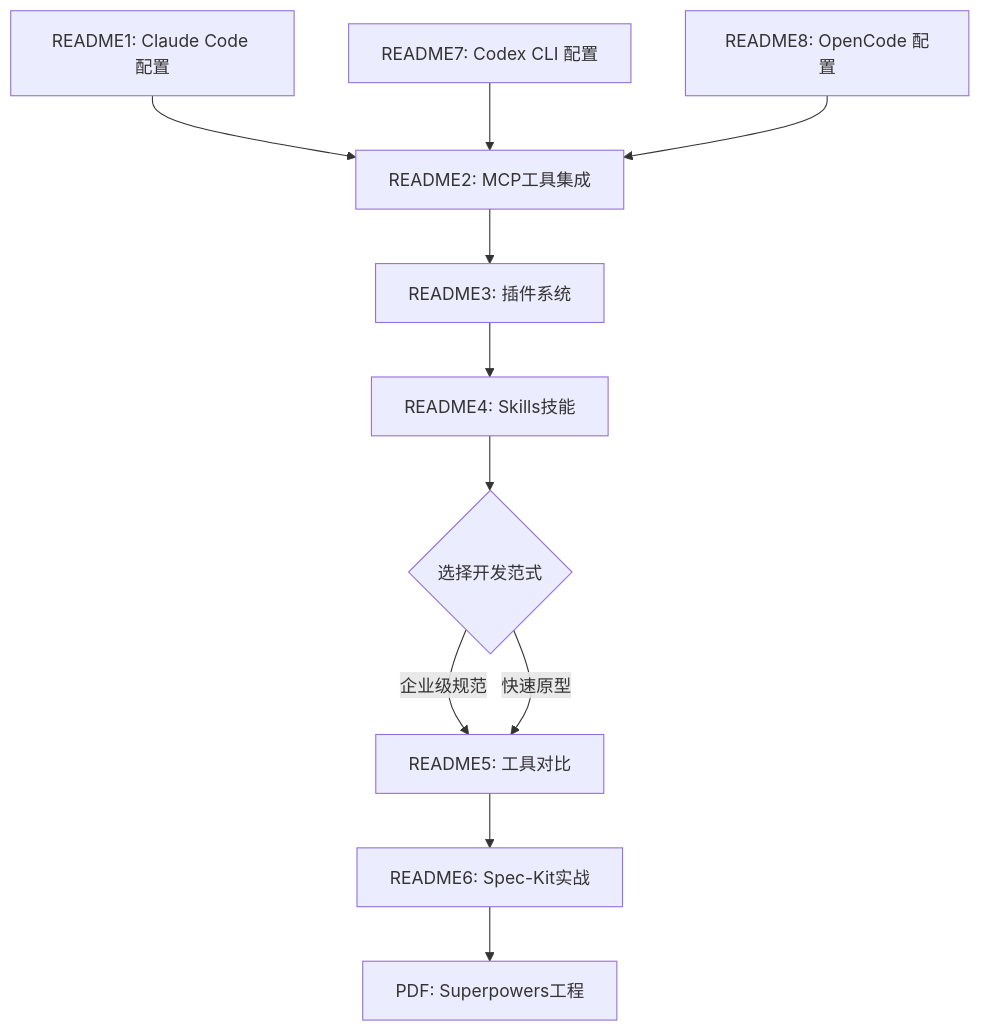
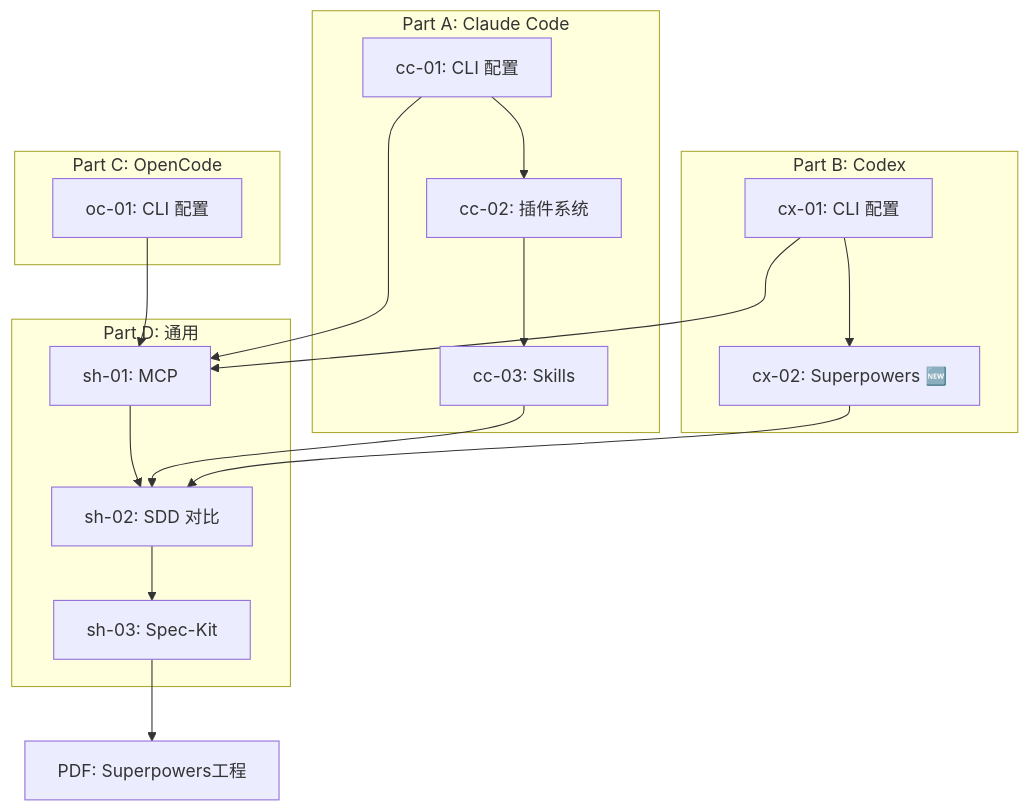
Before and after one commit to wb04307201/wb04307201: the diagram in note/11.ai/training/lesson7/README.md, drawn with Mermaid. The commit also changed other lines of this file and 11 other files, not shown here.

First line of the commit message:
refactor(note): 11.ai - 重组 lesson7 按 Agent 分 Part + 新增 Codex Superpowers

````diff
--- a/note/11.ai/training/lesson7/README.md
+++ b/note/11.ai/training/lesson7/README.md
@@ -171,13 +131,30 @@
 ```mermaid
 graph TB
-    A[README1: Claude Code 配置] --> B[README2: MCP工具集成]
-    A2[README7: Codex CLI 配置] --> B
-    A3[README8: OpenCode 配置] --> B
-    B --> C[README3: 插件系统]
-    C --> D[README4: Skills技能]
-    D --> E{选择开发范式}
-    E -->|企业级规范| F[README5: 工具对比]
-    E -->|快速原型| F
-    F --> G[README6: Spec-Kit实战]
-    G --> H[PDF: Superpowers工程]
+    subgraph Part_A["Part A: Claude Code"]
+        A1[cc-01: CLI 配置]
+        A2[cc-02: 插件系统]
+        A3[cc-03: Skills]
+    end
+    subgraph Part_B["Part B: Codex"]
+        B1[cx-01: CLI 配置]
+        B2[cx-02: Superpowers 🆕]
+    end
+    subgraph Part_C["Part C: OpenCode"]
+        C1[oc-01: CLI 配置]
+    end
+    subgraph Part_D["Part D: 通用"]
+        D1[sh-01: MCP]
+        D2[sh-02: SDD 对比]
+        D3[sh-03: Spec-Kit]
+    end
+
+    A1 --> A2 --> A3
+    B1 --> B2
+    A1 --> D1
+    B1 --> D1
+    C1 --> D1
+    D1 --> D2 --> D3
+    A3 --> D2
+    B2 --> D2
+    D3 --> H[PDF: Superpowers工程]
 ```
````
